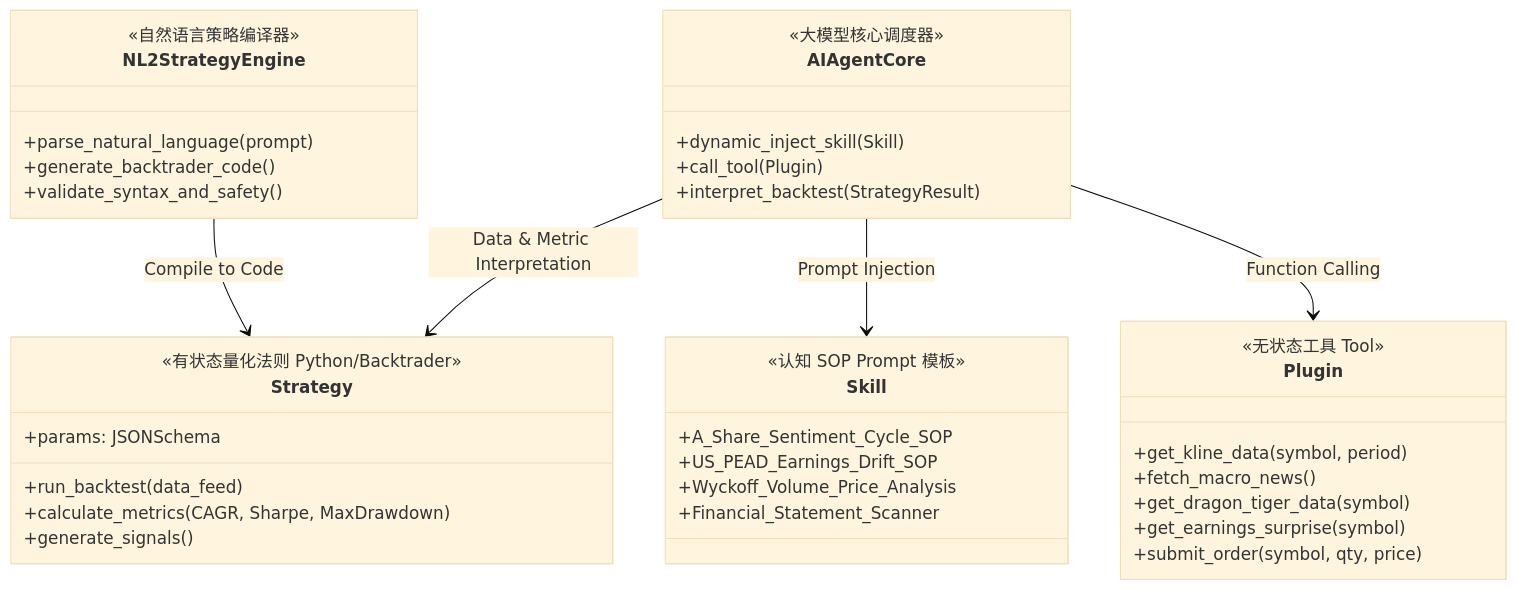
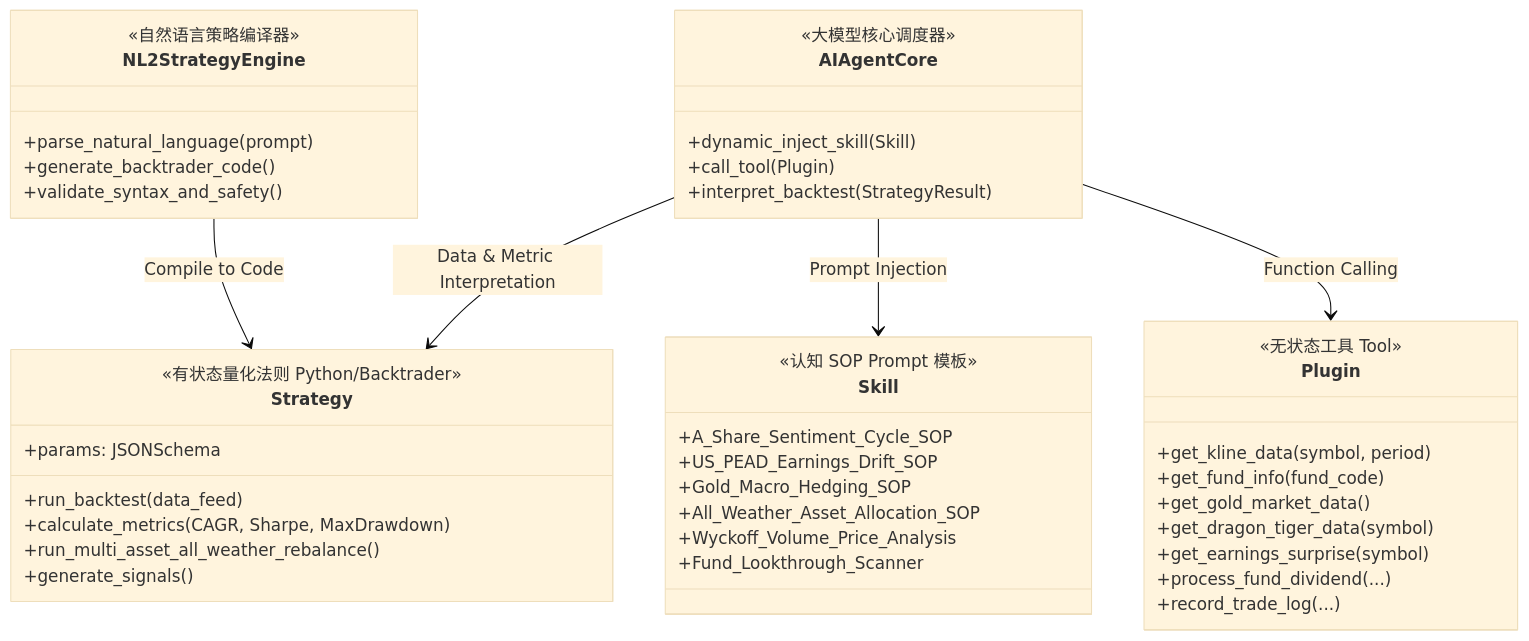
Before and after one commit to sinojelly/wealthsail: the fourth of 5 diagrams in docs/01.WealthSail投研平台需求文档.md, drawn with Mermaid (base theme). The commit also changed other lines of this file and 2 other files, not shown here.

````diff
--- a/docs/01.WealthSail投研平台需求文档.md
+++ b/docs/01.WealthSail投研平台需求文档.md
@@ -349,41 +388,46 @@
 ```mermaid
 classDiagram
     class Plugin {
         <<无状态工具 Tool>>
         +get_kline_data(symbol, period)
-        +fetch_macro_news()
+        +get_fund_info(fund_code)
+        +get_gold_market_data()
         +get_dragon_tiger_data(symbol)
         +get_earnings_surprise(symbol)
-        +submit_order(symbol, qty, price)
+        +process_fund_dividend(...)
+        +record_trade_log(...)
     }
     class Skill {
         <<认知 SOP Prompt 模板>>
         +A_Share_Sentiment_Cycle_SOP
         +US_PEAD_Earnings_Drift_SOP
+        +Gold_Macro_Hedging_SOP
+        +All_Weather_Asset_Allocation_SOP
         +Wyckoff_Volume_Price_Analysis
-        +Financial_Statement_Scanner
+        +Fund_Lookthrough_Scanner
     }
     class Strategy {
         <<有状态量化法则 Python/Backtrader>>
         +params: JSONSchema
         +run_backtest(data_feed)
         +calculate_metrics(CAGR, Sharpe, MaxDrawdown)
+        +run_multi_asset_all_weather_rebalance()
         +generate_signals()
     }
     class NL2StrategyEngine {
         <<自然语言策略编译器>>
         +parse_natural_language(prompt)
         +generate_backtrader_code()
         +validate_syntax_and_safety()
     }
     class AIAgentCore {
         <<大模型核心调度器>>
         +dynamic_inject_skill(Skill)
         +call_tool(Plugin)
         +interpret_backtest(StrategyResult)
     }
     AIAgentCore --> Plugin : Function Calling
     AIAgentCore --> Skill : Prompt Injection
     AIAgentCore --> Strategy : Data & Metric Interpretation
     NL2StrategyEngine --> Strategy : Compile to Code
 ```
````
